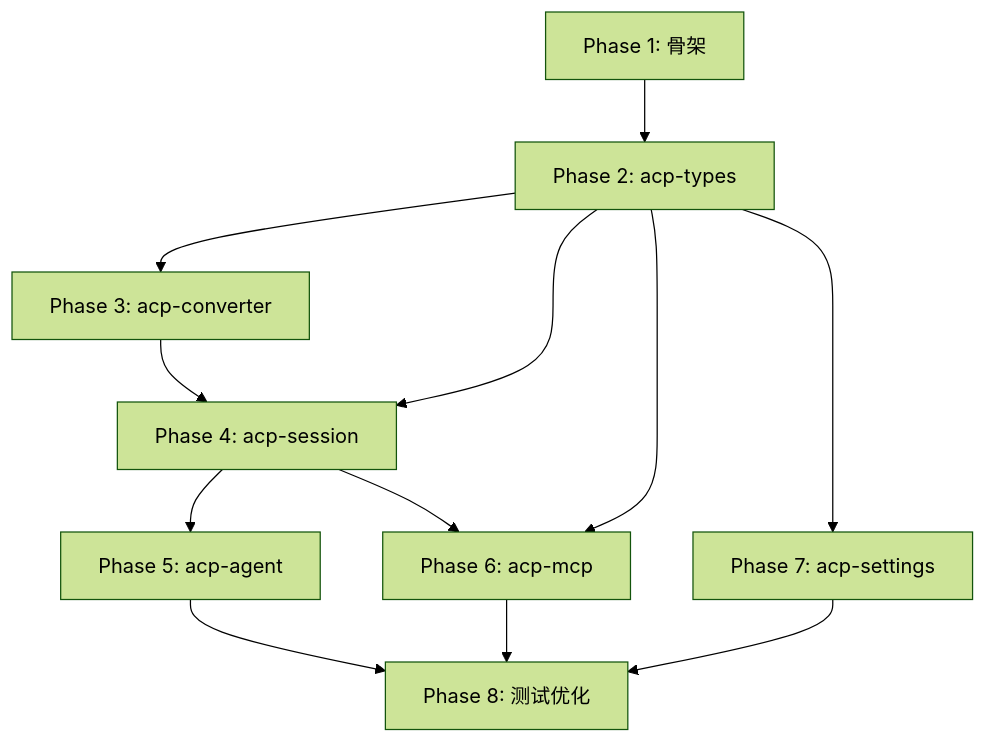
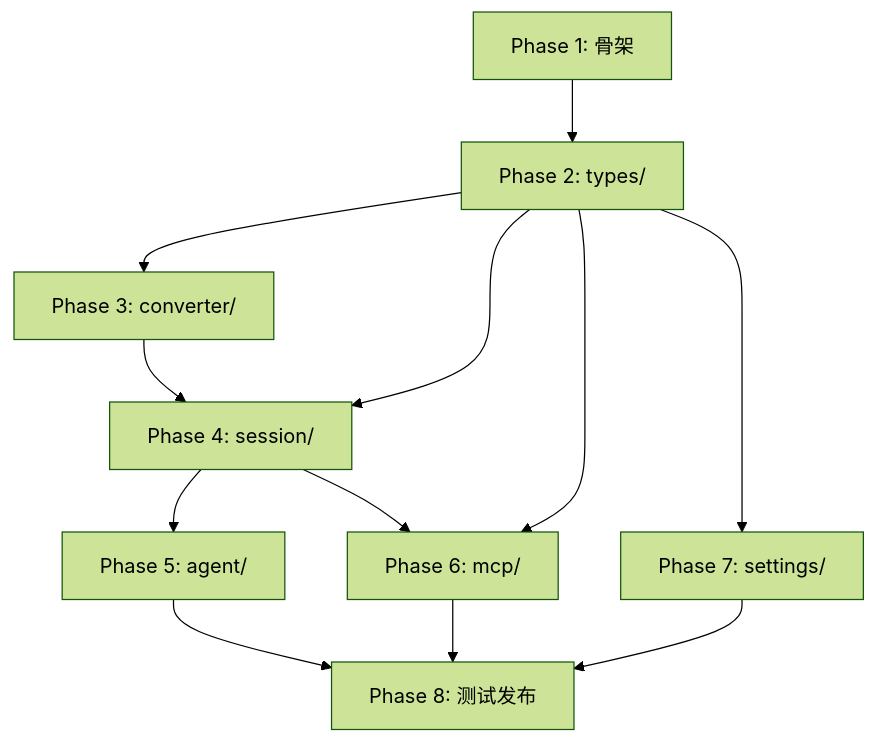
Before and after one commit to soddygo/claude-code-acp-rs: the diagram in specs/claude-code-acp/claude-code-acp-plan.md, drawn with Mermaid (forest theme). The commit also changed other lines of this file and 7 other files, not shown here.

````diff
--- a/specs/claude-code-acp/claude-code-acp-plan.md
+++ b/specs/claude-code-acp/claude-code-acp-plan.md
@@ -473,14 +514,14 @@
 ```mermaid
 graph TD
-    P1[Phase 1: 骨架] --> P2[Phase 2: acp-types]
-    P2 --> P3[Phase 3: acp-converter]
-    P2 --> P4[Phase 4: acp-session]
+    P1[Phase 1: 骨架] --> P2[Phase 2: types/]
+    P2 --> P3[Phase 3: converter/]
+    P2 --> P4[Phase 4: session/]
     P3 --> P4
-    P4 --> P5[Phase 5: acp-agent]
-    P2 --> P6[Phase 6: acp-mcp]
+    P4 --> P5[Phase 5: agent/]
+    P2 --> P6[Phase 6: mcp/]
     P4 --> P6
-    P2 --> P7[Phase 7: acp-settings]
-    P5 --> P8[Phase 8: 测试优化]
+    P2 --> P7[Phase 7: settings/]
+    P5 --> P8[Phase 8: 测试发布]
     P6 --> P8
     P7 --> P8
 ```
````
